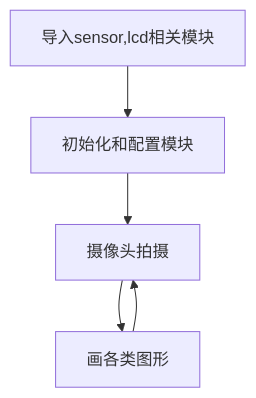
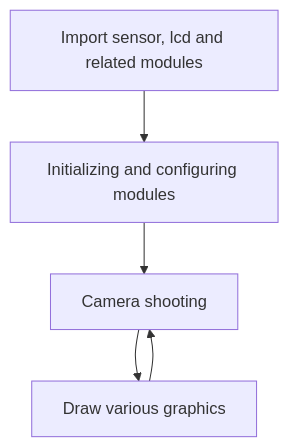
The diagram in i18n/en/docusaurus-plugin-content-docs/current/canmv_k230/machine_vision/draw.md (01studio-lab/01studio_wiki), drawn with Mermaid before and after one commit. The commit also changed other lines of this file and 8 other files, not shown here.

````diff
--- a/i18n/en/docusaurus-plugin-content-docs/current/canmv_k230/machine_vision/draw.md
+++ b/i18n/en/docusaurus-plugin-content-docs/current/canmv_k230/machine_vision/draw.md
@@ -149,4 +148,4 @@
 ```mermaid
 graph TD
-    导入sensor,lcd相关模块 --> 初始化和配置模块  --> 摄像头拍摄 --> 画各类图形--> 摄像头拍摄;
+    id1[Import sensor, lcd and related modules] --> id2[Initializing and configuring modules]  --> id3[Camera shooting] --> id4[Draw various graphics] --> id3;
 ```
````
